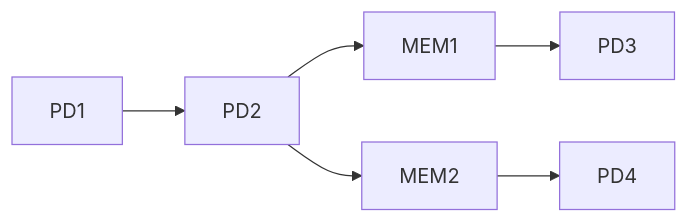
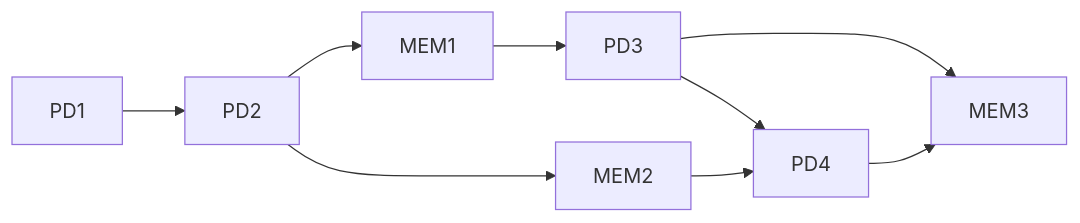
The diagram in README.md (tycho-bro-hey/keygen_seL4), drawn with Mermaid before and after one commit. The commit also changed other lines of this file, not shown here.

````diff
--- a/README.md
+++ b/README.md
@@ -11,9 +11,12 @@
 ```mermaid
 graph LR;
     PD1-->PD2;
     PD2-->MEM1;
     MEM1-->PD3;
     PD2-->MEM2;
     MEM2-->PD4;
+    PD3-->MEM3;
+    PD4-->MEM3;
+    PD3-->PD4;
 
 ```
````
